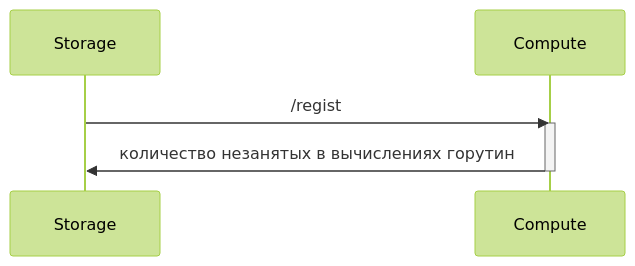
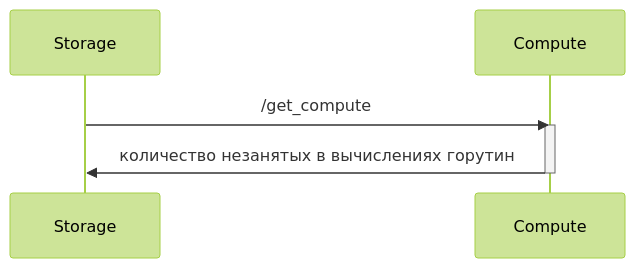
Before and after one commit to XJIeI5/calculator: the tenth of 10 diagrams in README.md, drawn with Mermaid (forest theme).

````diff
--- a/README.md
+++ b/README.md
@@ -282,10 +282,10 @@
 ```mermaid
 sequenceDiagram
 participant S as Storage
 participant C as Compute
 
-S->>C: /regist
+S->>C: /get_compute
 activate C
 C->>S: количество незанятых в вычислениях горутин
 deactivate C
 ```
````
